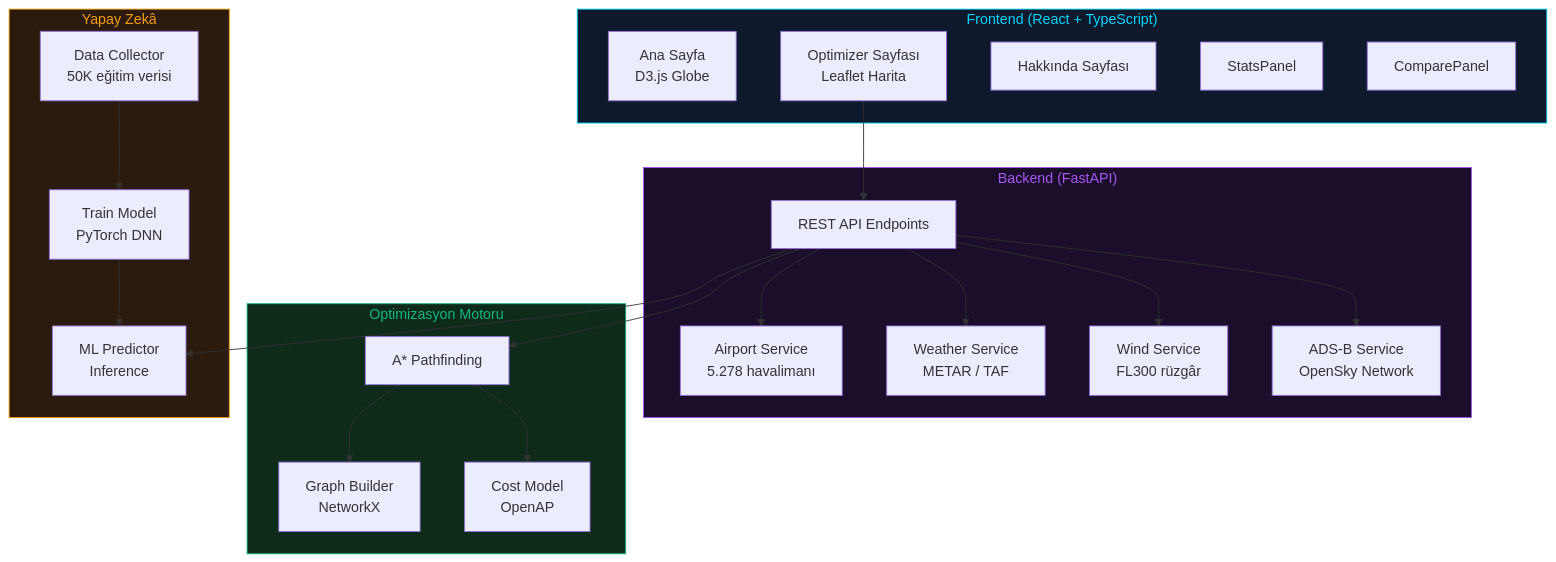
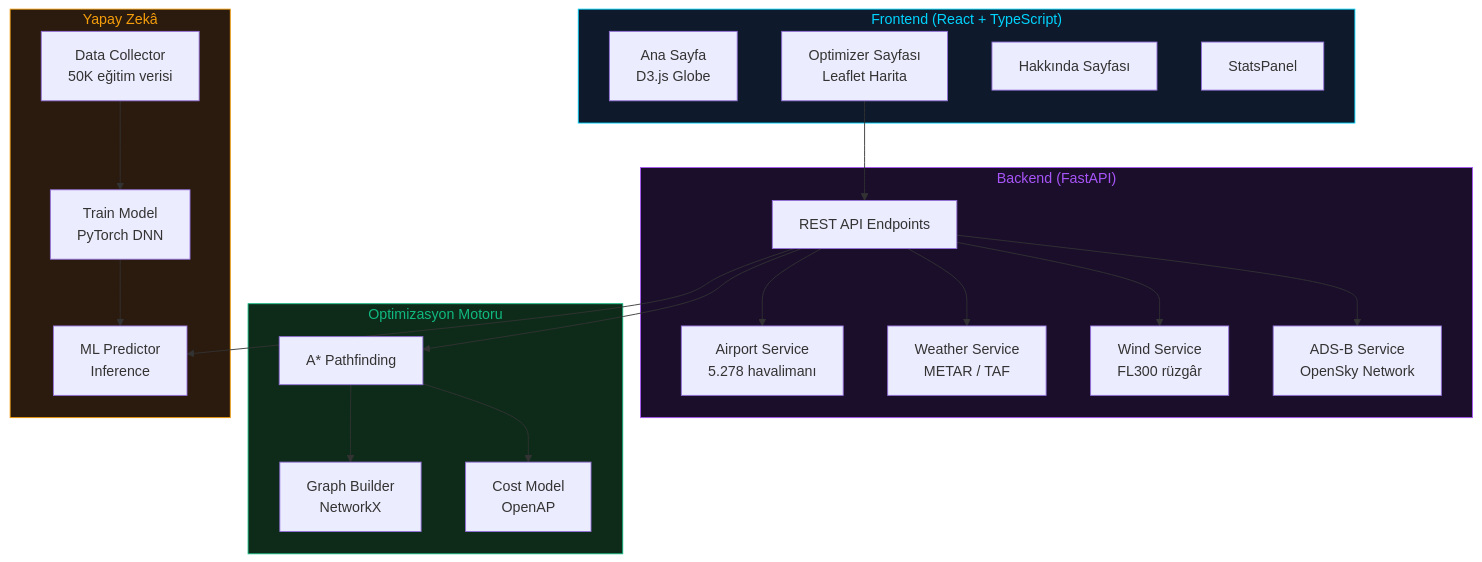
Before and after one commit to umutKaracelebi/SkyOptimizer-AI: the diagram in README.md, drawn with Mermaid. The commit also changed other lines of this file and 5 other files, not shown here.

````diff
--- a/README.md
+++ b/README.md
@@ -30,42 +30,41 @@
 ```mermaid
 graph TB
     subgraph Frontend["Frontend (React + TypeScript)"]
         HP[Ana Sayfa<br/>D3.js Globe]
         OP[Optimizer Sayfası<br/>Leaflet Harita]
         AP[Hakkında Sayfası]
         SP[StatsPanel]
-        CP[ComparePanel]
     end
 
     subgraph Backend["Backend (FastAPI)"]
         API[REST API Endpoints]
         AS[Airport Service<br/>5.278 havalimanı]
         WS[Weather Service<br/>METAR / TAF]
         WIND[Wind Service<br/>FL300 rüzgâr]
         ADSB[ADS-B Service<br/>OpenSky Network]
     end
 
     subgraph Optimization["Optimizasyon Motoru"]
         GB[Graph Builder<br/>NetworkX]
         CM[Cost Model<br/>OpenAP]
         ASTAR[A* Pathfinding]
     end
 
     subgraph ML["Yapay Zekâ"]
         DC[Data Collector<br/>50K eğitim verisi]
         TM[Train Model<br/>PyTorch DNN]
         MP[ML Predictor<br/>Inference]
     end
 
     OP --> API
     API --> AS & WS & WIND & ADSB
     API --> ASTAR
     ASTAR --> GB & CM
     API --> MP
     DC --> TM --> MP
 
     style Frontend fill:#0e1a2b,color:#00d4ff,stroke:#00d4ff
     style Backend fill:#1a0e2b,color:#a855f7,stroke:#a855f7
     style Optimization fill:#0e2b1a,color:#10b981,stroke:#10b981
     style ML fill:#2b1a0e,color:#f59e0b,stroke:#f59e0b
 ```
````
